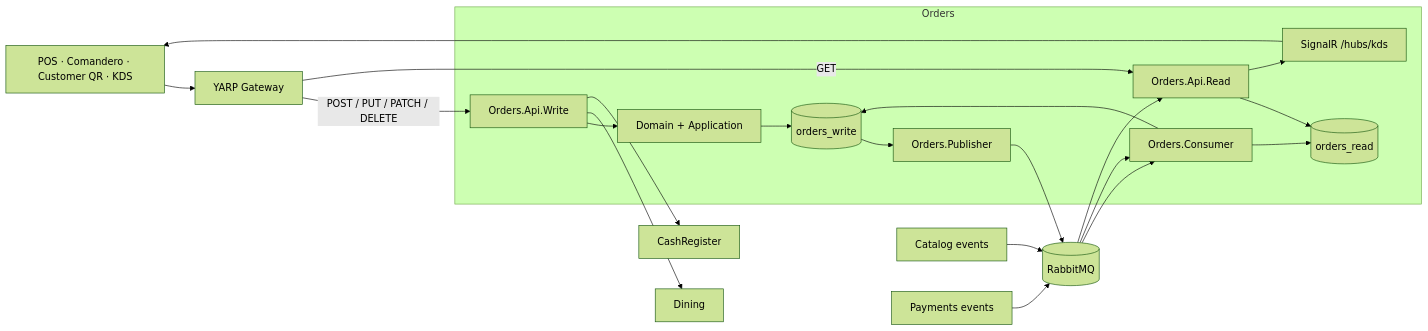
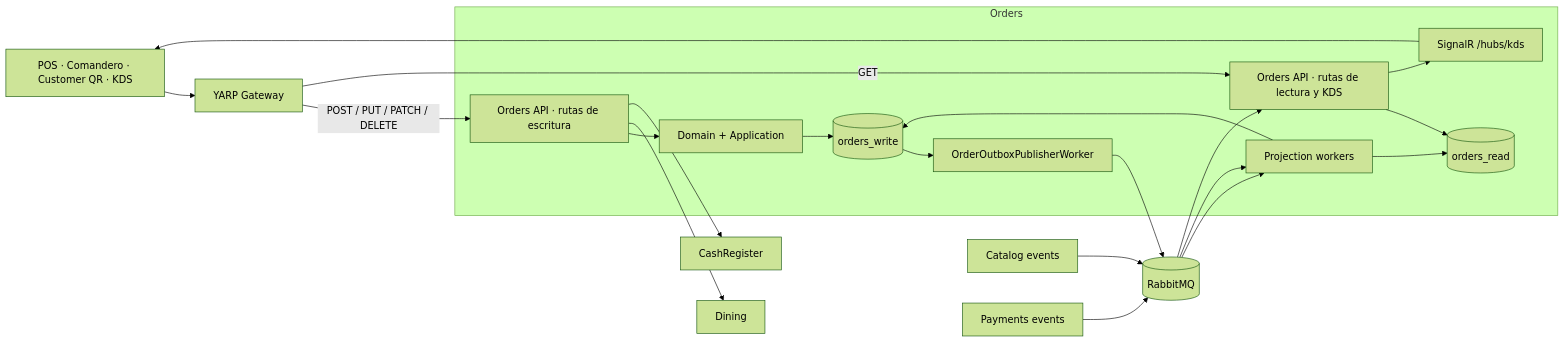
Before and after one commit to sergioocode/Restaurantes: the first of 7 diagrams in docs/Orders.README.md, drawn with Mermaid (forest theme). The commit also changed other lines of this file and 11 other files, not shown here.

````diff
--- a/docs/Orders.README.md
+++ b/docs/Orders.README.md
@@ -55,46 +53,46 @@
 ```mermaid
 flowchart LR
     Clients["POS · Comandero · Customer QR · KDS"]
     Gateway["YARP Gateway"]
 
     subgraph Orders["Orders"]
-        WriteApi["Orders.Api.Write"]
+        WriteApi["Orders API · rutas de escritura"]
         Domain["Domain + Application"]
         WriteDb[("orders_write")]
-        Publisher["Orders.Publisher"]
-        Consumer["Orders.Consumer"]
+        Publisher["OrderOutboxPublisherWorker"]
+        Consumer["Projection workers"]
         ReadDb[("orders_read")]
-        ReadApi["Orders.Api.Read"]
+        ReadApi["Orders API · rutas de lectura y KDS"]
         Hub["SignalR /hubs/kds"]
     end
 
     Dining["Dining"]
     Cash["CashRegister"]
     Catalog["Catalog events"]
     Payments["Payments events"]
     Rabbit[("RabbitMQ")]
 
     Clients --> Gateway
     Gateway -->|POST / PUT / PATCH / DELETE| WriteApi
     Gateway -->|GET| ReadApi
 
     WriteApi --> Domain
     Domain --> WriteDb
     WriteApi --> Dining
     WriteApi --> Cash
 
     Catalog --> Rabbit
     Payments --> Rabbit
     Rabbit --> Consumer
     Consumer --> WriteDb
 
     WriteDb --> Publisher
     Publisher --> Rabbit
     Rabbit --> Consumer
     Consumer --> ReadDb
 
     ReadApi --> ReadDb
     Rabbit --> ReadApi
     ReadApi --> Hub
     Hub --> Clients
 ```
````
